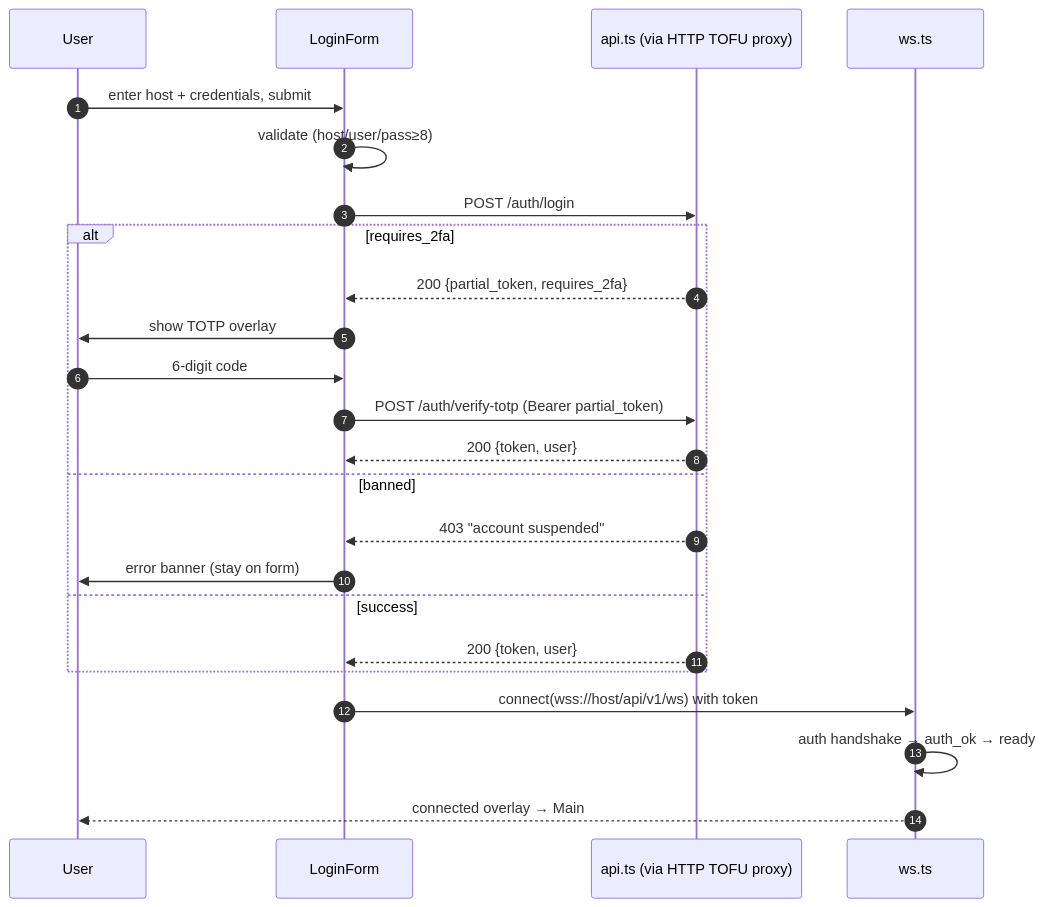
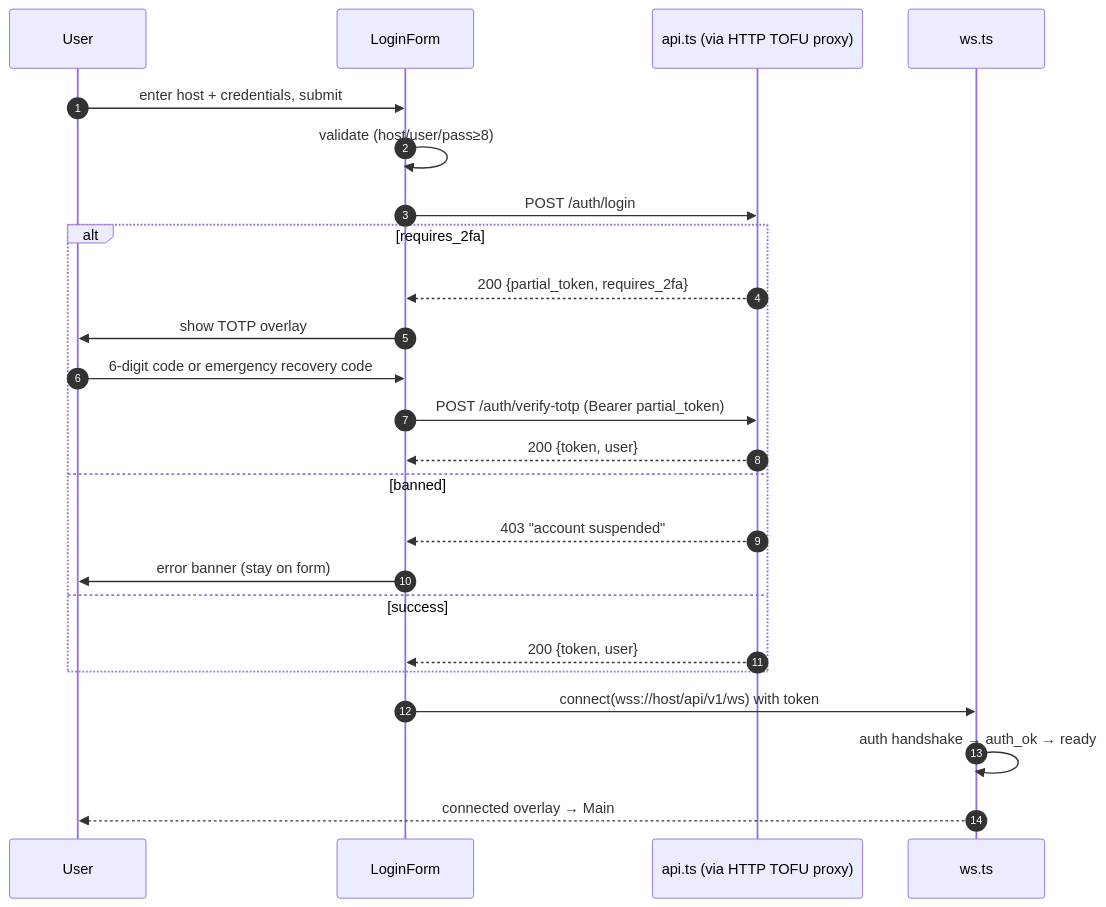
The second of 5 diagrams in docs/architecture/ux/connection-and-auth.md (J3vb/OwnCord), drawn with Mermaid before and after one commit. The commit also changed other lines of this file and 2055 other files, not shown here.

````diff
--- a/docs/architecture/ux/connection-and-auth.md
+++ b/docs/architecture/ux/connection-and-auth.md
@@ -79,26 +115,26 @@
 ```mermaid
 sequenceDiagram
     autonumber
     participant U as User
     participant F as LoginForm
     participant API as api.ts (via HTTP TOFU proxy)
     participant WS as ws.ts
     U->>F: enter host + credentials, submit
     F->>F: validate (host/user/pass≥8)
     F->>API: POST /auth/login
     alt requires_2fa
         API-->>F: 200 {partial_token, requires_2fa}
         F->>U: show TOTP overlay
-        U->>F: 6-digit code
+        U->>F: 6-digit code or emergency recovery code
         F->>API: POST /auth/verify-totp (Bearer partial_token)
         API-->>F: 200 {token, user}
     else banned
         API-->>F: 403 "account suspended"
         F->>U: error banner (stay on form)
     else success
         API-->>F: 200 {token, user}
     end
     F->>WS: connect(wss://host/api/v1/ws) with token
     WS->>WS: auth handshake → auth_ok → ready
     WS-->>U: connected overlay → Main
 ```
````
